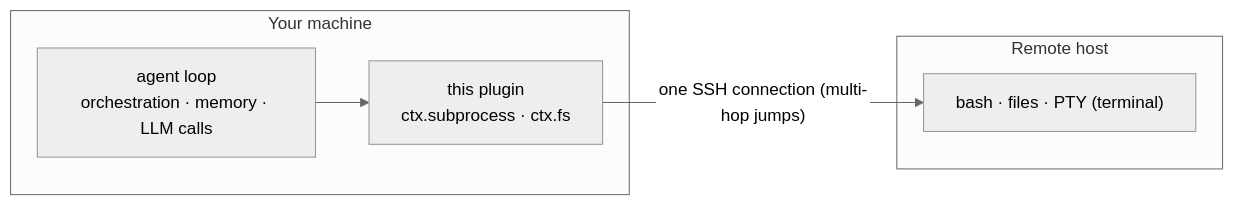
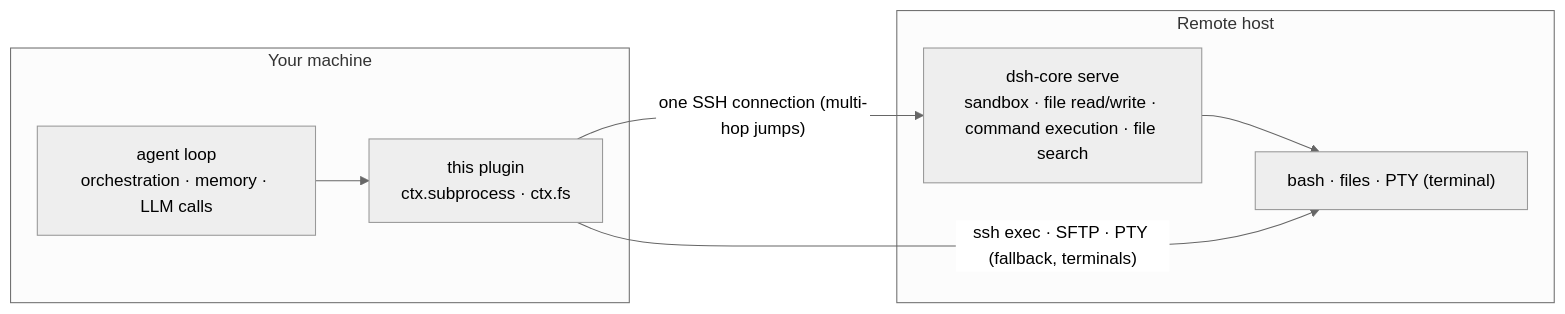
One commit to DobyChao/dsh-workspace-enhancement changed the diagram in README.md. Above: the diagram before and after it, drawn with Mermaid (neutral theme). The commit also changed other lines of this file and 5 other files, not shown here.

````diff
--- a/README.md
+++ b/README.md
@@ -25,10 +26,13 @@
 ```mermaid
 flowchart LR
     subgraph local["Your machine"]
         agent["agent loop<br/>orchestration · memory · LLM calls"] --> seam["this plugin<br/>ctx.subprocess · ctx.fs"]
     end
     subgraph remote["Remote host"]
+        core["dsh-core serve<br/>sandbox · file read/write · command execution · file search"]
         run["bash · files · PTY (terminal)"]
+        core --> run
     end
-    seam -- "one SSH connection (multi-hop jumps)" --> run
+    seam -- "one SSH connection (multi-hop jumps)" --> core
+    seam -- "ssh exec · SFTP · PTY (fallback, terminals)" --> run
 ```
````
